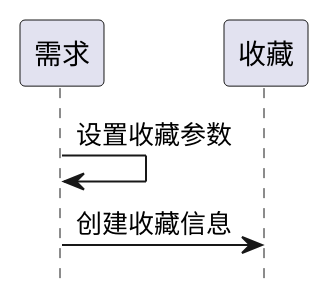
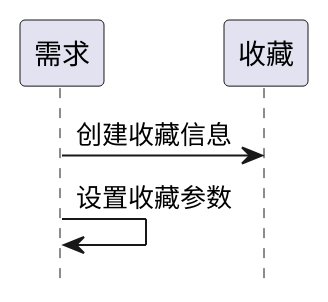
Before and after one commit to zj335841911/nt_chandao: the fourth of 9 diagrams in ibizpms-docs/src/main/doc/v1/module/zentao/Story_old.md, drawn with PlantUML. The commit also changed other lines of this file and 2125 other files, not shown here.

```diff
--- a/ibizpms-docs/src/main/doc/v1/module/zentao/Story_old.md
+++ b/ibizpms-docs/src/main/doc/v1/module/zentao/Story_old.md
@@ -320,6 +320,6 @@
 {% plantuml %}
 hide footbox
 
+需求 -> 收藏: 创建收藏信息
 需求 -> 需求: 设置收藏参数
-需求 -> 收藏: 创建收藏信息
 {% endplantuml %}
```
